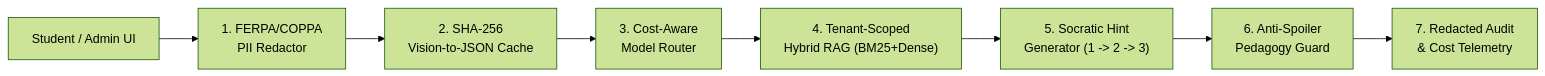
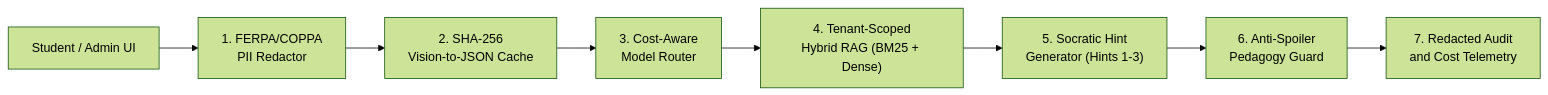
The diagram in projects/day-001-socratic-multitenant-edtech-rag/README.md (sillydrycoder/100-days-100-projects), drawn with Mermaid (forest theme) before and after one commit. The commit also changed 6 other files, not shown here.

Commit message:
fix(day-001): make Mermaid diagrams compatible with GitHub renderer

````diff
--- a/projects/day-001-socratic-multitenant-edtech-rag/README.md
+++ b/projects/day-001-socratic-multitenant-edtech-rag/README.md
@@ -26,10 +26,10 @@
 ```mermaid
 flowchart LR
-    U["Student / Admin UI"] --> PII["1. FERPA/COPPA\nPII Redactor"]
-    PII --> VIS["2. SHA-256\nVision-to-JSON Cache"]
-    VIS --> RT["3. Cost-Aware\nModel Router"]
-    RT --> RAG["4. Tenant-Scoped\nHybrid RAG (BM25+Dense)"]
-    RAG --> SOC["5. Socratic Hint\nGenerator (1 -> 2 -> 3)"]
-    SOC --> GRD["6. Anti-Spoiler\nPedagogy Guard"]
-    GRD --> AUD["7. Redacted Audit\n& Cost Telemetry"]
+    U["Student / Admin UI"] --> PII["1. FERPA/COPPA<br/>PII Redactor"]
+    PII --> VIS["2. SHA-256<br/>Vision-to-JSON Cache"]
+    VIS --> RT["3. Cost-Aware<br/>Model Router"]
+    RT --> RAG["4. Tenant-Scoped<br/>Hybrid RAG (BM25 + Dense)"]
+    RAG --> SOC["5. Socratic Hint<br/>Generator (Hints 1-3)"]
+    SOC --> GRD["6. Anti-Spoiler<br/>Pedagogy Guard"]
+    GRD --> AUD["7. Redacted Audit<br/>and Cost Telemetry"]
 ```
````
